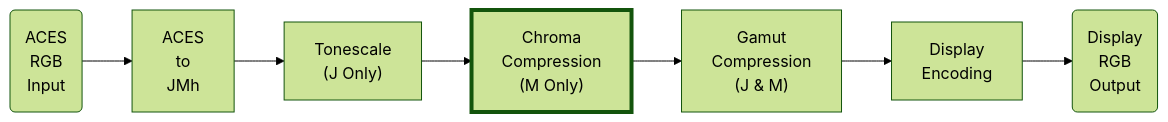
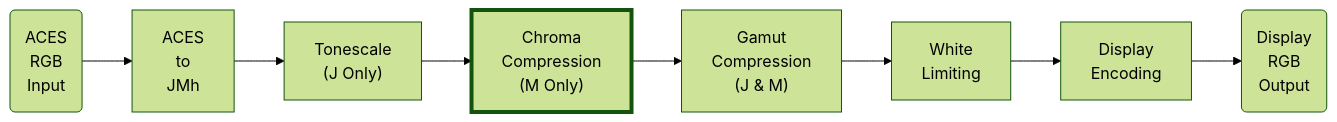
One commit to ampas/aces-docs changed the diagram in docs/output-transforms/technical-details/chroma-compression/index.md. Above: the diagram before and after it, drawn with Mermaid (forest theme). The commit also changed 19 other files, not shown here.

````diff
--- a/docs/output-transforms/technical-details/chroma-compression/index.md
+++ b/docs/output-transforms/technical-details/chroma-compression/index.md
@@ -4,23 +4,25 @@
 ``` mermaid
 flowchart LR
   A("ACES 
   RGB 
   Input") --> 
   B[ACES 
   to 
   JMh] --> 
   C["Tonescale 
   (J Only)"] --> 
   D["Chroma 
   Compression 
   (M Only)"] --> 
   E["Gamut 
   Compression 
   (J & M)"] --> 
-  F[Display 
-  Encoding] --> 
+  H["White
+  Limiting"] --> 
+  F["Display 
+  Encoding"] --> 
   G(Display 
   RGB 
   Output);
   style D stroke-width:4px
 ```
````
